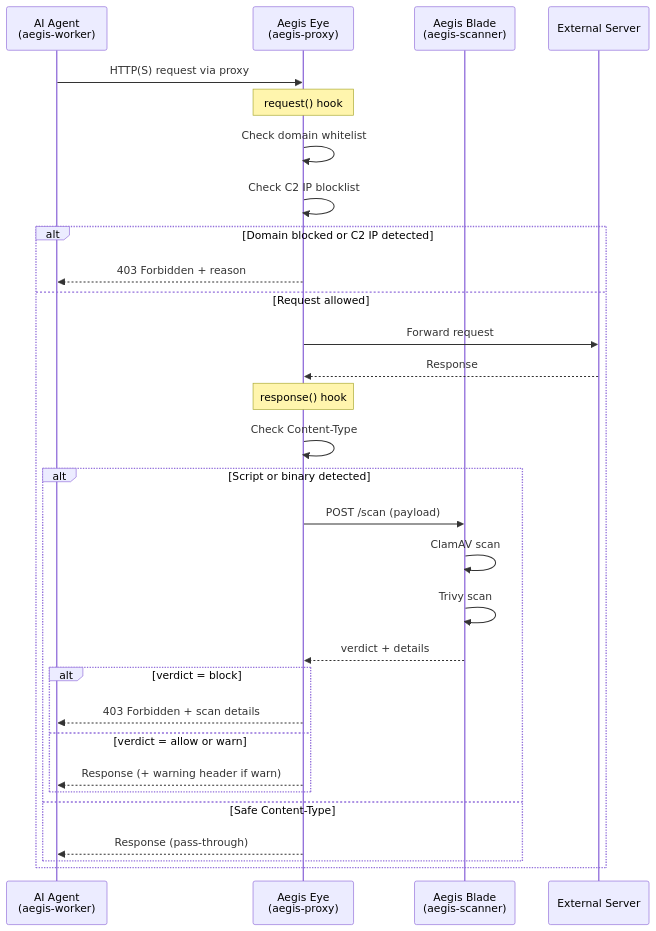
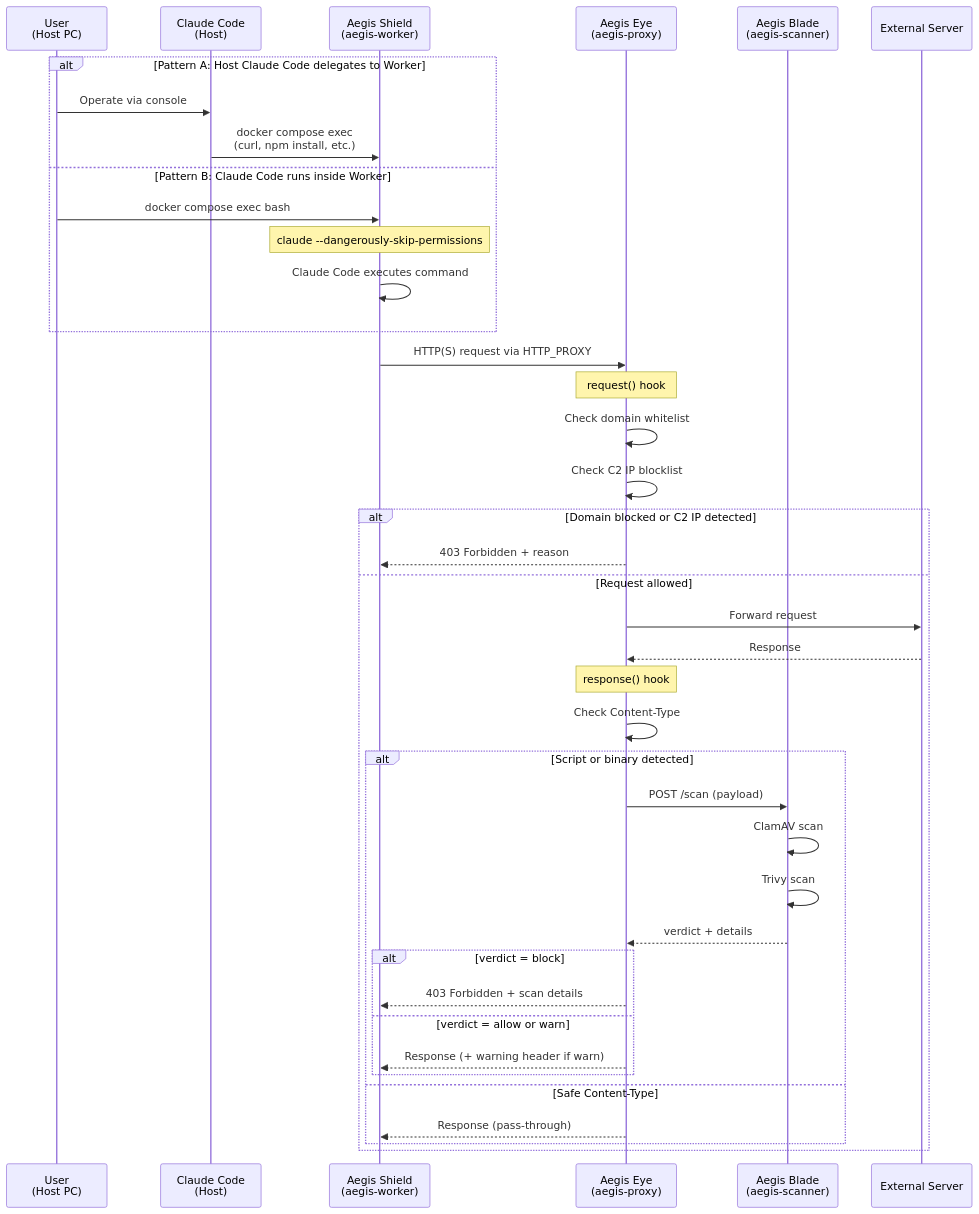
One commit to hdknr/aegis changed the second of 3 diagrams in docs/architecture.md. Above: the diagram before and after it, drawn with Mermaid. The commit also changed other lines of this file, not shown here.

Commit message:
docs: update Request Lifecycle to show host Claude Code and two usage patterns
Sequence diagram now includes User (Host PC) and Claude Code (Host)
as participants, illustrating both usage patterns:
- Pattern A: Host Claude Code delegates commands to aegis-worker
- Pattern B: Claude Code runs directly inside aegis-worker

````diff
--- a/docs/architecture.md
+++ b/docs/architecture.md
@@ -41,38 +46,49 @@
 ```mermaid
 sequenceDiagram
-    participant Agent as AI Agent<br/>(aegis-worker)
+    participant User as User<br/>(Host PC)
+    participant Claude as Claude Code<br/>(Host)
+    participant Worker as Aegis Shield<br/>(aegis-worker)
     participant Proxy as Aegis Eye<br/>(aegis-proxy)
     participant Scanner as Aegis Blade<br/>(aegis-scanner)
     participant Ext as External Server
 
-    Agent->>Proxy: HTTP(S) request via proxy
+    alt Pattern A: Host Claude Code delegates to Worker
+        User->>Claude: Operate via console
+        Claude->>Worker: docker compose exec<br/>(curl, npm install, etc.)
+    else Pattern B: Claude Code runs inside Worker
+        User->>Worker: docker compose exec bash
+        Note over Worker: claude --dangerously-skip-permissions
+        Worker->>Worker: Claude Code executes command
+    end
+
+    Worker->>Proxy: HTTP(S) request via HTTP_PROXY
 
     Note over Proxy: request() hook
     Proxy->>Proxy: Check domain whitelist
     Proxy->>Proxy: Check C2 IP blocklist
 
     alt Domain blocked or C2 IP detected
-        Proxy-->>Agent: 403 Forbidden + reason
+        Proxy-->>Worker: 403 Forbidden + reason
     else Request allowed
         Proxy->>Ext: Forward request
         Ext-->>Proxy: Response
 
         Note over Proxy: response() hook
         Proxy->>Proxy: Check Content-Type
 
         alt Script or binary detected
             Proxy->>Scanner: POST /scan (payload)
             Scanner->>Scanner: ClamAV scan
             Scanner->>Scanner: Trivy scan
             Scanner-->>Proxy: verdict + details
 
             alt verdict = block
-                Proxy-->>Agent: 403 Forbidden + scan details
+                Proxy-->>Worker: 403 Forbidden + scan details
             else verdict = allow or warn
-                Proxy-->>Agent: Response (+ warning header if warn)
+                Proxy-->>Worker: Response (+ warning header if warn)
             end
         else Safe Content-Type
-            Proxy-->>Agent: Response (pass-through)
+            Proxy-->>Worker: Response (pass-through)
         end
     end
 ```
````
